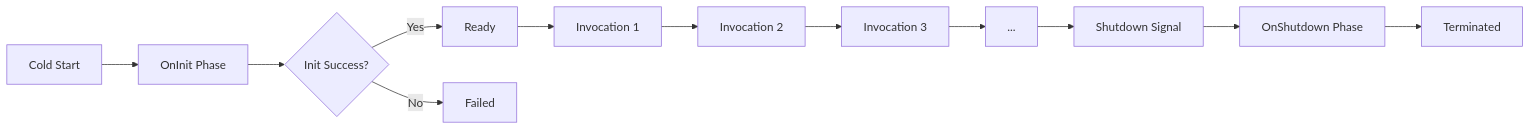
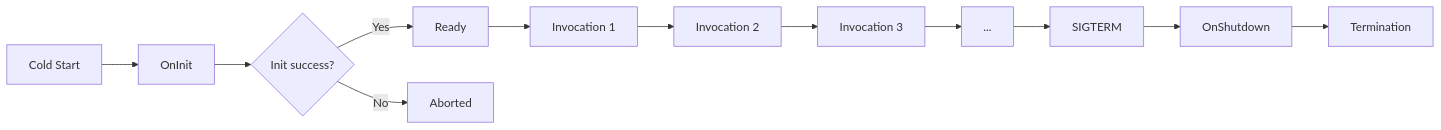
One commit to j-d-ha/minimal-lambda changed the diagram in docs/getting-started/core-concepts.md. Above: the diagram before and after it, drawn with Mermaid. The commit also changed other lines of this file and 1 other file, not shown here.

````diff
--- a/docs/getting-started/core-concepts.md
+++ b/docs/getting-started/core-concepts.md
@@ -97,14 +90,14 @@
 ```mermaid
 graph LR
-    A[Cold Start] --> B[OnInit Phase]
-    B --> C{Init Success?}
+    A[Cold Start] --> B[OnInit]
+    B --> C{Init success?}
     C -->|Yes| D[Ready]
-    C -->|No| E[Failed]
+    C -->|No| E[Aborted]
     D --> F[Invocation 1]
     F --> G[Invocation 2]
     G --> H[Invocation 3]
     H --> I[...]
-    I --> J[Shutdown Signal]
-    J --> K[OnShutdown Phase]
-    K --> L[Terminated]
+    I --> J[SIGTERM]
+    J --> K[OnShutdown]
+    K --> L[Termination]
 ```
````
